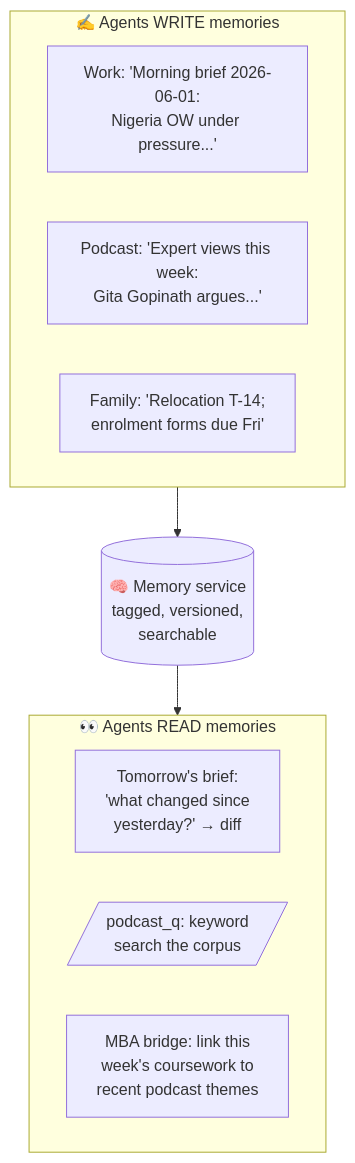
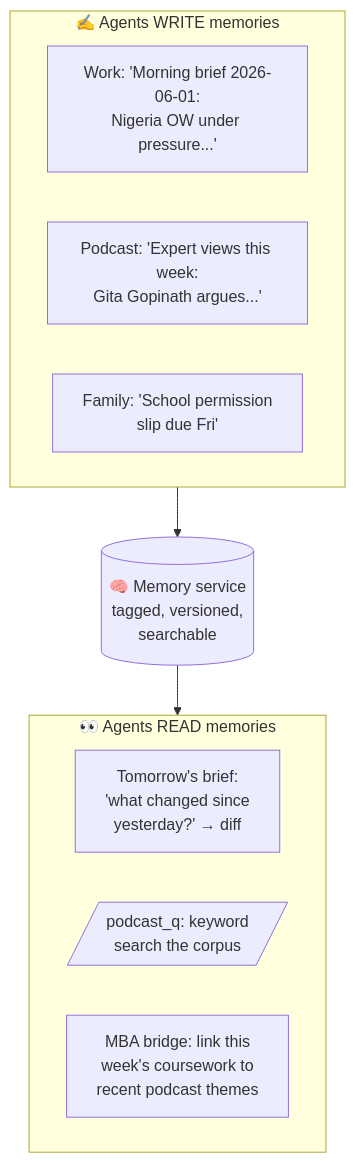
Before and after one commit to nickmuchi87/hermes-agents-showcase: the first of 2 diagrams in docs/04-memory.md, drawn with Mermaid. The commit also changed 13 other files, not shown here.

````diff
--- a/docs/04-memory.md
+++ b/docs/04-memory.md
@@ -7,18 +7,18 @@
 ```mermaid
 flowchart TB
     subgraph write["✍️ Agents WRITE memories"]
         w1[Work: 'Morning brief 2026-06-01:<br/>Nigeria OW under pressure...']
         w2[Podcast: 'Expert views this week:<br/>Gita Gopinath argues...']
-        w3[Family: 'Relocation T-14;<br/>enrolment forms due Fri']
+        w3[Family: 'School permission<br/>slip due Fri']
     end
 
     mem[(🧠 Memory service<br/>tagged, versioned,<br/>searchable)]
 
     subgraph read["👀 Agents READ memories"]
         r1[Tomorrow's brief:<br/>'what changed since<br/>yesterday?' → diff]
         r2[/podcast_q: keyword<br/>search the corpus/]
         r3[MBA bridge: link this<br/>week's coursework to<br/>recent podcast themes]
     end
 
     write --> mem --> read
 ```
````
